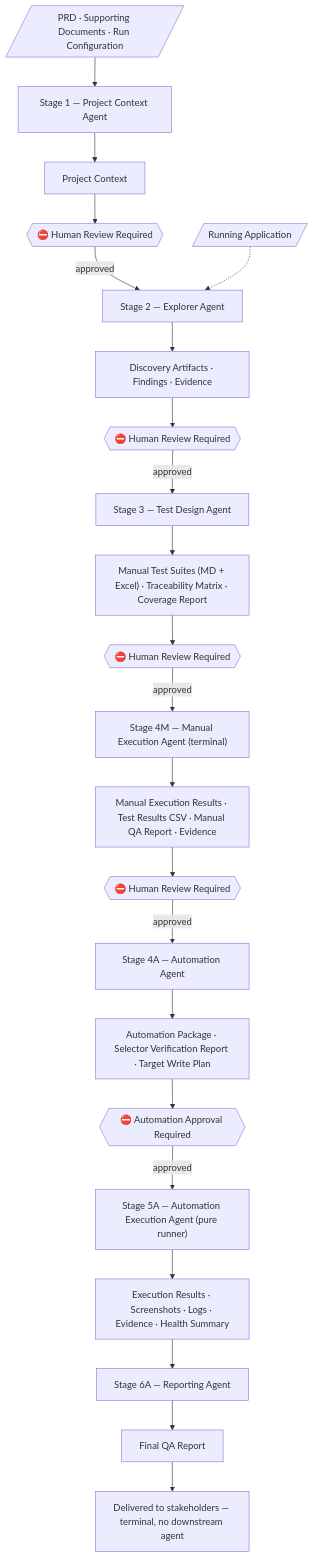
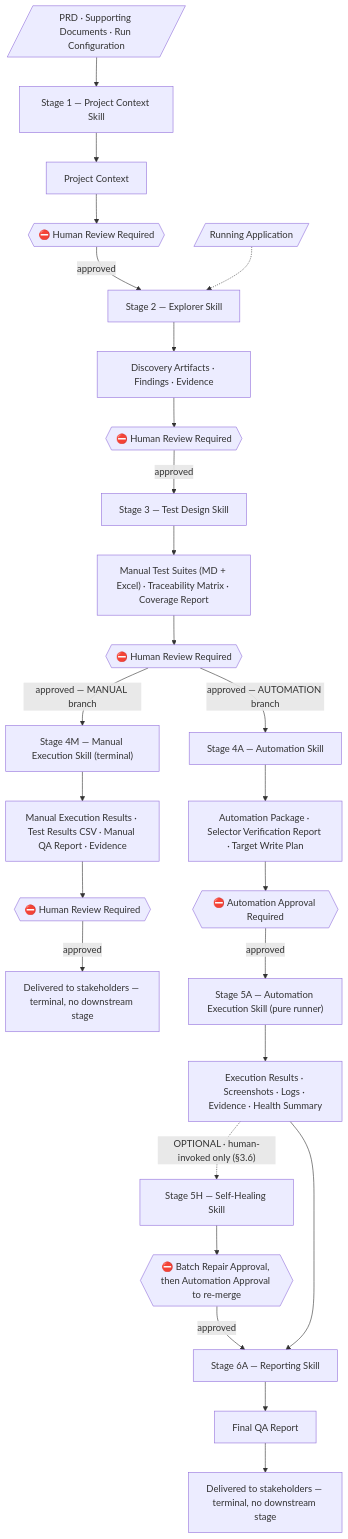
One commit to HusseinAtaHussein1/AISeatMap changed the third of 10 diagrams in README.md. Above: the diagram before and after it, drawn with Mermaid. The commit also changed other lines of this file and 30 other files, not shown here.

First line of the commit message:
docs(platform): align architecture specs on the two-pipeline model, and specify the new capabilities

````diff
--- a/README.md
+++ b/README.md
@@ -268,31 +279,36 @@
 ```mermaid
 flowchart TD
     PRD[/"PRD · Supporting Documents · Run Configuration"/] --> S1
 
-    S1["Stage 1 — Project Context Agent"] --> CTX["Project Context"]
+    S1["Stage 1 — Project Context Skill"] --> CTX["Project Context"]
     CTX --> G1{{"⛔ Human Review Required"}}
     G1 -->|approved| S2
 
     APP[/"Running Application"/] -.-> S2
-    S2["Stage 2 — Explorer Agent"] --> DISC["Discovery Artifacts · Findings · Evidence"]
+    S2["Stage 2 — Explorer Skill"] --> DISC["Discovery Artifacts · Findings · Evidence"]
     DISC --> G2{{"⛔ Human Review Required"}}
     G2 -->|approved| S3
 
-    S3["Stage 3 — Test Design Agent"] --> TD["Manual Test Suites (MD + Excel) · Traceability Matrix · Coverage Report"]
+    S3["Stage 3 — Test Design Skill"] --> TD["Manual Test Suites (MD + Excel) · Traceability Matrix · Coverage Report"]
     TD --> G3{{"⛔ Human Review Required"}}
-    G3 -->|approved| S4
 
-    S4["Stage 4M — Manual Execution Agent (terminal)"] --> MANEX["Manual Execution Results · Test Results CSV · Manual QA Report · Evidence"]
+    G3 -->|"approved — MANUAL branch"| S4M
+    G3 -->|"approved — AUTOMATION branch"| S4A
+
+    S4M["Stage 4M — Manual Execution Skill (terminal)"] --> MANEX["Manual Execution Results · Test Results CSV · Manual QA Report · Evidence"]
     MANEX --> G4{{"⛔ Human Review Required"}}
-    G4 -->|approved| S5
+    G4 -->|approved| MDONE["Delivered to stakeholders — terminal, no downstream stage"]
 
-    S5["Stage 4A — Automation Agent"] --> AUTO["Automation Package · Selector Verification Report · Target Write Plan"]
+    S4A["Stage 4A — Automation Skill"] --> AUTO["Automation Package · Selector Verification Report · Target Write Plan"]
     AUTO --> G5{{"⛔ Automation Approval Required"}}
-    G5 -->|approved| S6
+    G5 -->|approved| S5A
 
-    S6["Stage 5A — Automation Execution Agent (pure runner)"] --> EXEC["Execution Results · Screenshots · Logs · Evidence · Health Summary"]
-    EXEC --> S7
+    S5A["Stage 5A — Automation Execution Skill (pure runner)"] --> EXEC["Execution Results · Screenshots · Logs · Evidence · Health Summary"]
+    EXEC -. "OPTIONAL · human-invoked only (§3.6)" .-> S5H
+    S5H["Stage 5H — Self-Healing Skill"] --> HGATE{{"⛔ Batch Repair Approval, then Automation Approval to re-merge"}}
+    HGATE -->|approved| S6A
+    EXEC --> S6A
 
-    S7["Stage 6A — Reporting Agent"] --> REPORT["Final QA Report"]
-    REPORT --> DONE["Delivered to stakeholders — terminal, no downstream agent"]
+    S6A["Stage 6A — Reporting Skill"] --> REPORT["Final QA Report"]
+    REPORT --> DONE["Delivered to stakeholders — terminal, no downstream stage"]
 ```
````
